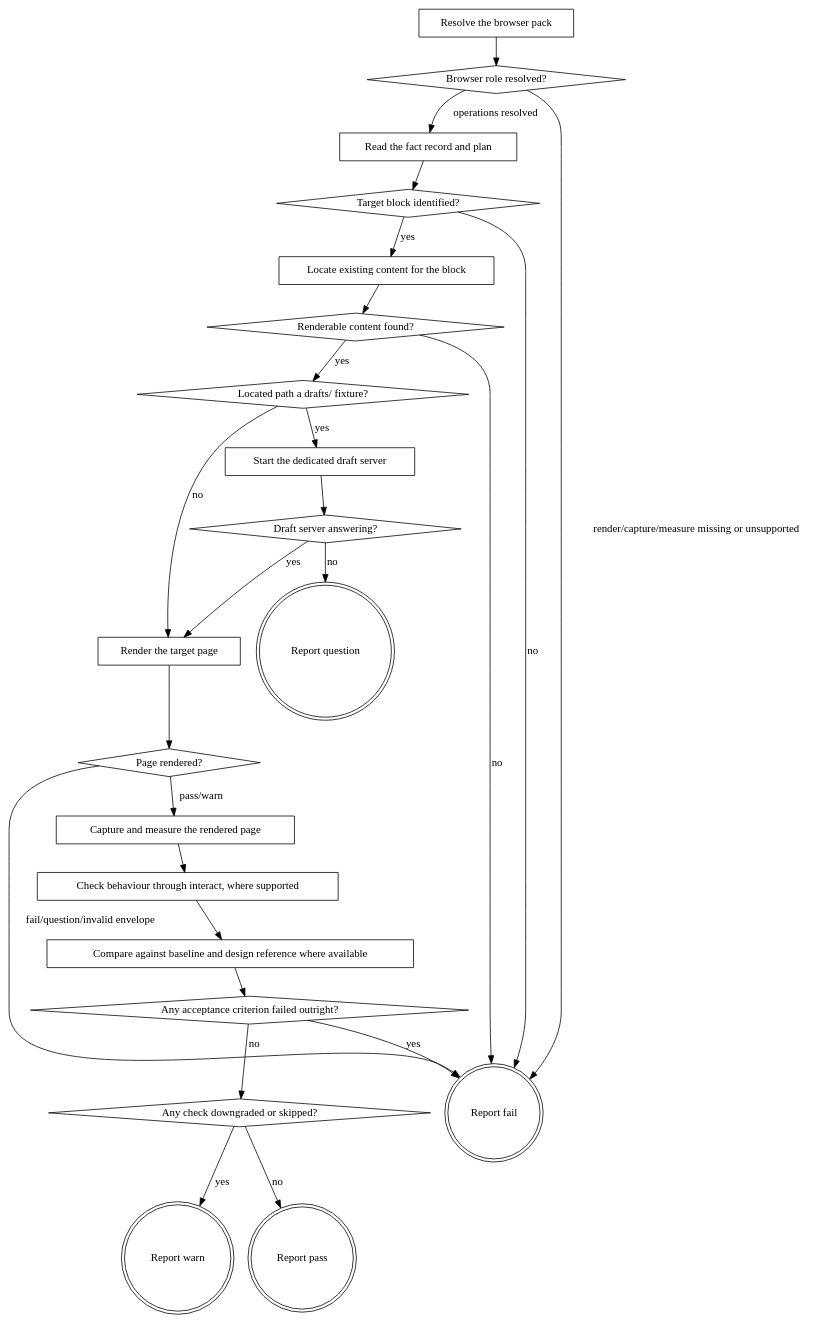
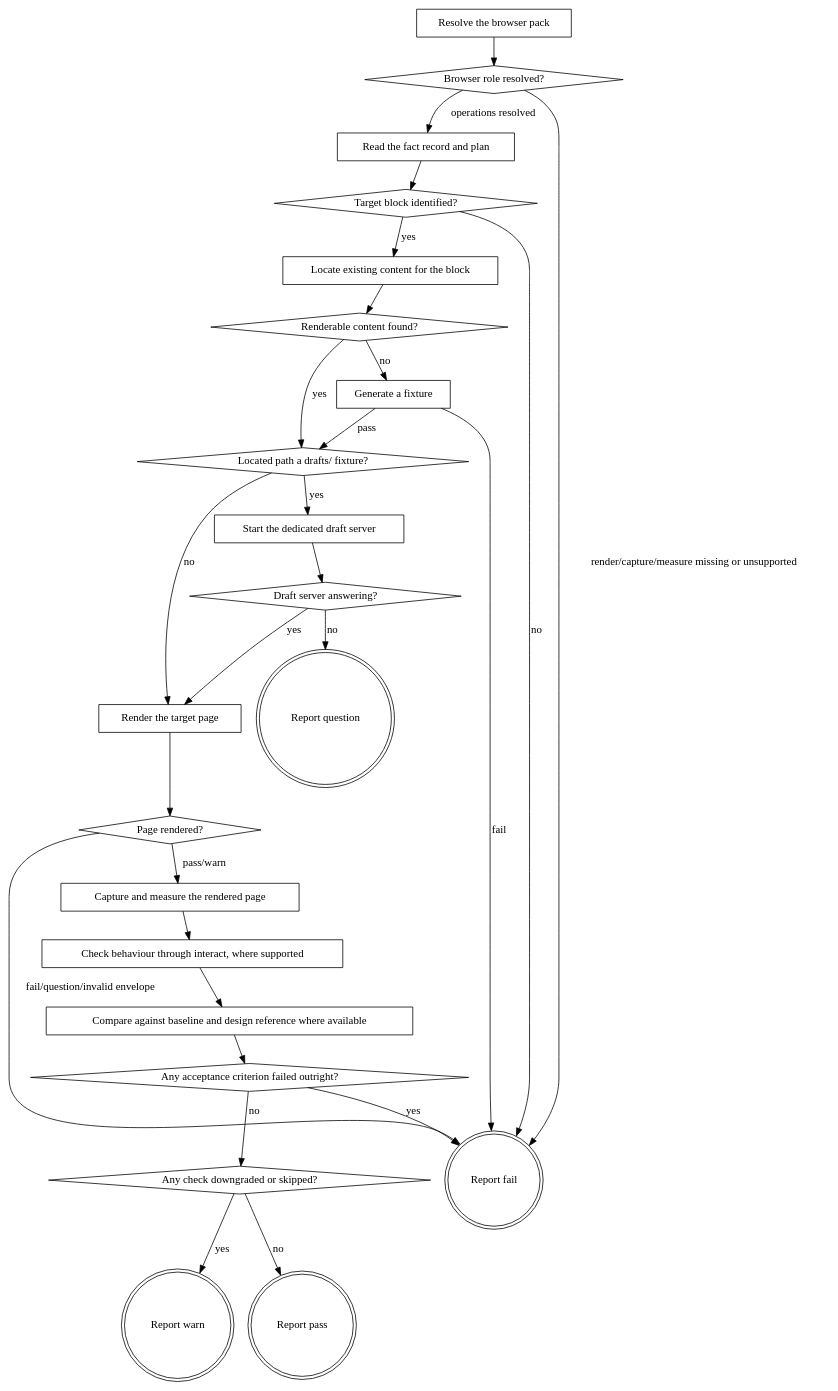
Before and after one commit to agenticDraft/aem-eds-ai-workflow-demo: the diagram in plugins/eds/skills/eds-verify/SKILL.md, drawn with Graphviz. The commit also changed other lines of this file and 1 other file, not shown here.

First line of the commit message:
Give eds-verify a fixture fallback instead of failing outright

````diff
--- a/plugins/eds/skills/eds-verify/SKILL.md
+++ b/plugins/eds/skills/eds-verify/SKILL.md
@@ -50,49 +50,52 @@
 ```dot
 digraph eds_verify {
     "Resolve the browser pack" [shape=box];
     "Browser role resolved?" [shape=diamond];
     "Read the fact record and plan" [shape=box];
     "Target block identified?" [shape=diamond];
     "Locate existing content for the block" [shape=box];
     "Renderable content found?" [shape=diamond];
+    "Generate a fixture" [shape=box];
     "Located path a drafts/ fixture?" [shape=diamond];
     "Start the dedicated draft server" [shape=box];
     "Draft server answering?" [shape=diamond];
     "Render the target page" [shape=box];
     "Page rendered?" [shape=diamond];
     "Capture and measure the rendered page" [shape=box];
     "Check behaviour through interact, where supported" [shape=box];
     "Compare against baseline and design reference where available" [shape=box];
     "Any acceptance criterion failed outright?" [shape=diamond];
     "Any check downgraded or skipped?" [shape=diamond];
     "Report fail" [shape=doublecircle];
     "Report question" [shape=doublecircle];
     "Report warn" [shape=doublecircle];
     "Report pass" [shape=doublecircle];
 
     "Resolve the browser pack" -> "Browser role resolved?";
     "Browser role resolved?" -> "Read the fact record and plan" [label="operations resolved"];
     "Browser role resolved?" -> "Report fail" [label="render/capture/measure missing or unsupported"];
     "Read the fact record and plan" -> "Target block identified?";
     "Target block identified?" -> "Locate existing content for the block" [label="yes"];
     "Target block identified?" -> "Report fail" [label="no"];
     "Locate existing content for the block" -> "Renderable content found?";
     "Renderable content found?" -> "Located path a drafts/ fixture?" [label="yes"];
-    "Renderable content found?" -> "Report fail" [label="no"];
+    "Renderable content found?" -> "Generate a fixture" [label="no"];
+    "Generate a fixture" -> "Located path a drafts/ fixture?" [label="pass"];
+    "Generate a fixture" -> "Report fail" [label="fail"];
     "Located path a drafts/ fixture?" -> "Start the dedicated draft server" [label="yes"];
     "Located path a drafts/ fixture?" -> "Render the target page" [label="no"];
     "Start the dedicated draft server" -> "Draft server answering?";
     "Draft server answering?" -> "Render the target page" [label="yes"];
     "Draft server answering?" -> "Report question" [label="no"];
     "Render the target page" -> "Page rendered?";
     "Page rendered?" -> "Capture and measure the rendered page" [label="pass/warn"];
     "Page rendered?" -> "Report fail" [label="fail/question/invalid envelope"];
     "Capture and measure the rendered page" -> "Check behaviour through interact, where supported";
     "Check behaviour through interact, where supported" -> "Compare against baseline and design reference where available";
     "Compare against baseline and design reference where available" -> "Any acceptance criterion failed outright?";
     "Any acceptance criterion failed outright?" -> "Report fail" [label="yes"];
     "Any acceptance criterion failed outright?" -> "Any check downgraded or skipped?" [label="no"];
     "Any check downgraded or skipped?" -> "Report warn" [label="yes"];
     "Any check downgraded or skipped?" -> "Report pass" [label="no"];
 }
 ```
````
